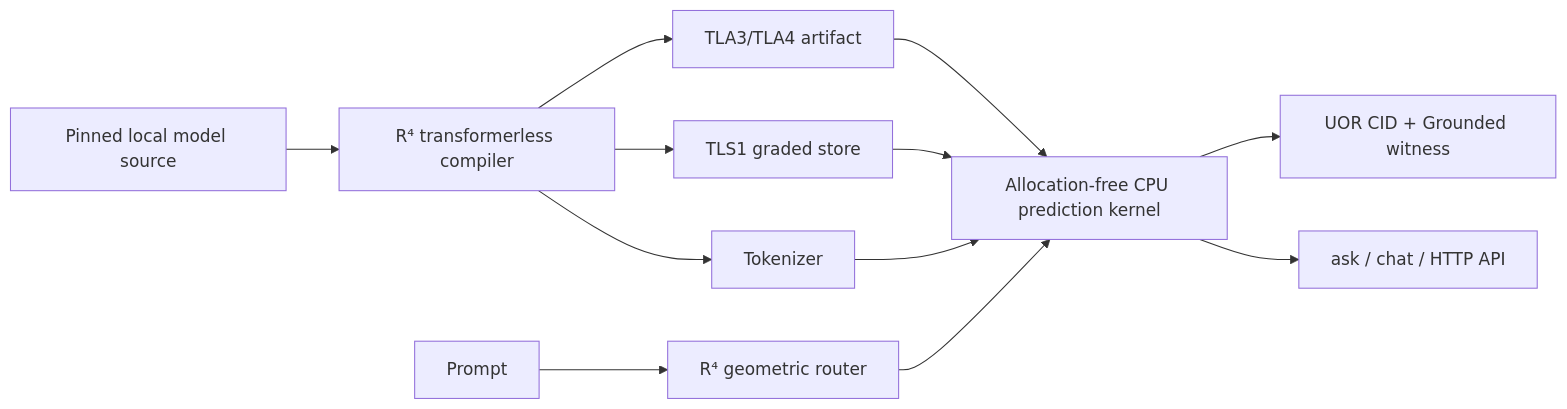
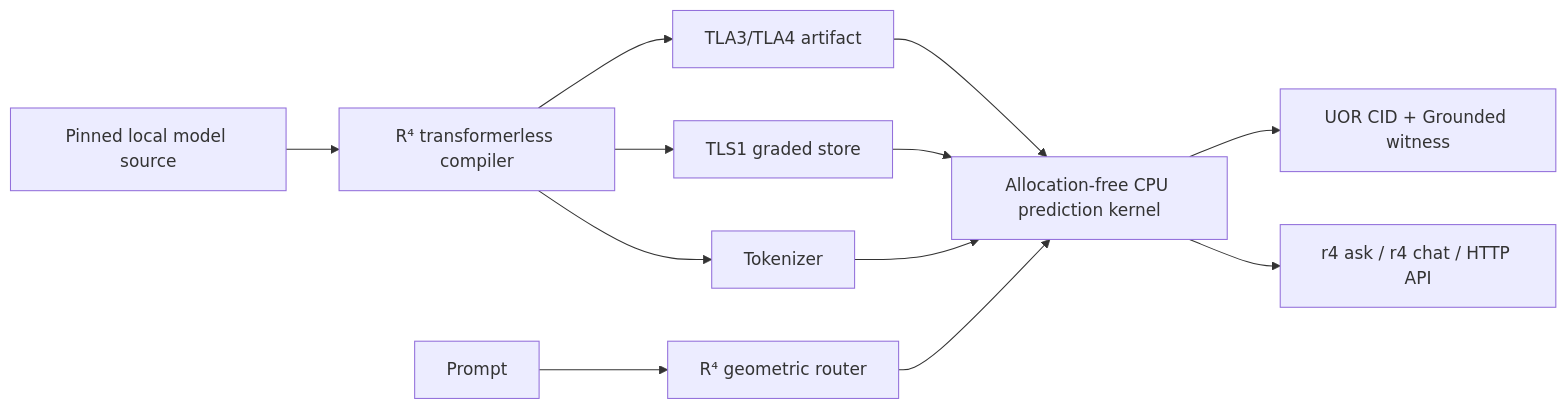
Before and after one commit to UOR-Foundation/uor-r4: the diagram in README.md, drawn with Mermaid. The commit also changed other lines of this file and 16 other files, not shown here.

````diff
--- a/README.md
+++ b/README.md
@@ -306,14 +336,14 @@
 ```mermaid
 flowchart LR
     Source["Pinned local model source"] --> Compiler["R⁴ transformerless compiler"]
     Compiler --> Artifact["TLA3/TLA4 artifact"]
     Compiler --> Store["TLS1 graded store"]
     Compiler --> Tokenizer["Tokenizer"]
     Artifact --> Runtime["Allocation-free CPU prediction kernel"]
     Store --> Runtime
     Tokenizer --> Runtime
     Prompt["Prompt"] --> Router["R⁴ geometric router"]
     Router --> Runtime
     Runtime --> Witness["UOR CID + Grounded witness"]
-    Runtime --> Apps["ask / chat / HTTP API"]
+    Runtime --> Apps["r4 ask / r4 chat / HTTP API"]
 ```
````
